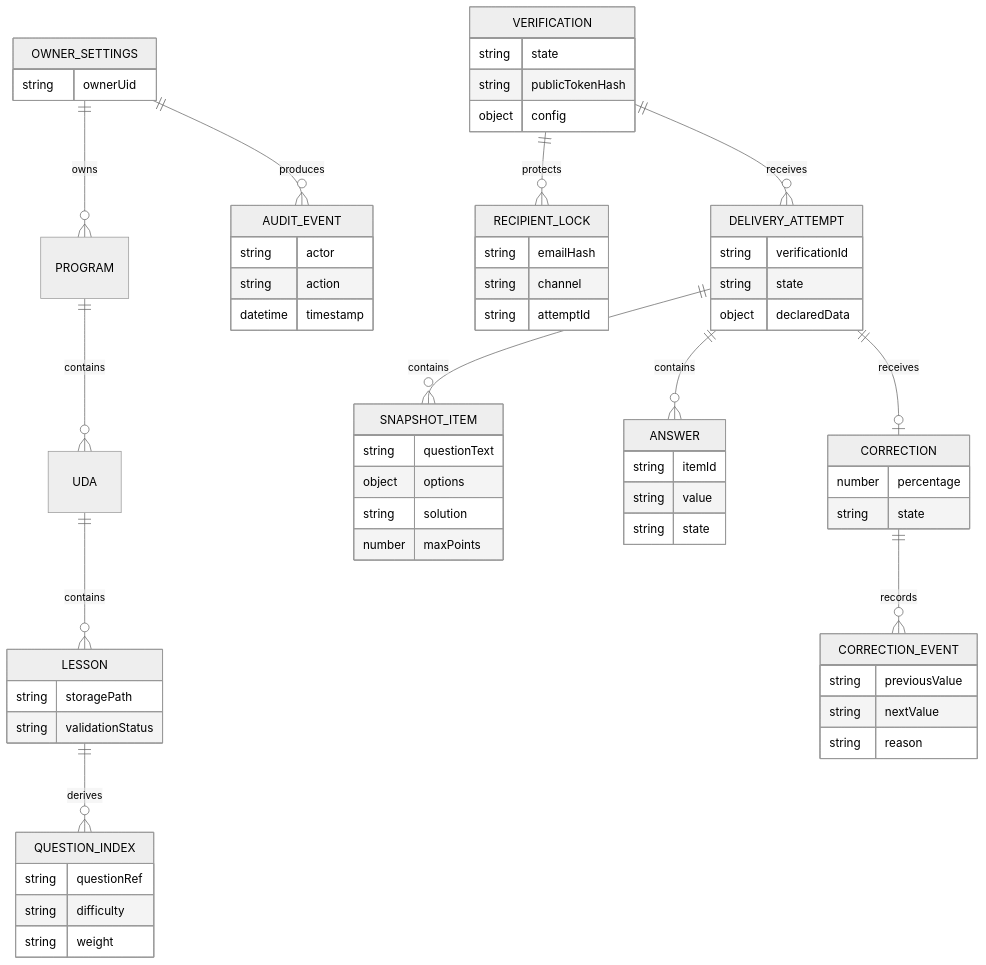
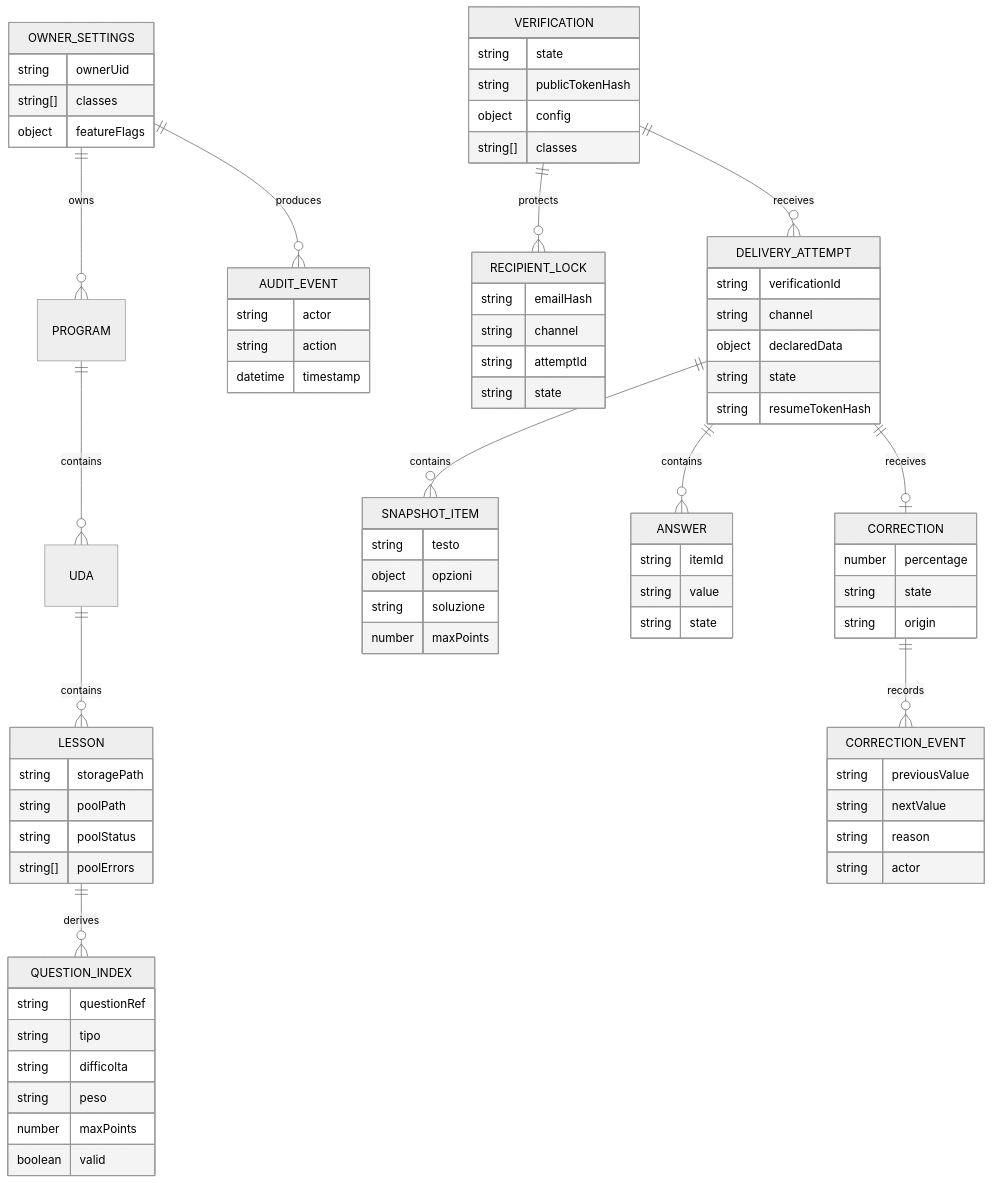
One commit to EnricoPaparo/SchoolForge changed the diagram in documentazione/diagrammi/er-model.md. Above: the diagram before and after it, drawn with Mermaid (neutral theme). The commit also changed other lines of this file and 14 other files, not shown here.

````diff
--- a/documentazione/diagrammi/er-model.md
+++ b/documentazione/diagrammi/er-model.md
@@ -3,26 +3,80 @@
 ```mermaid
 erDiagram
     OWNER_SETTINGS ||--o{ PROGRAM : owns
     PROGRAM ||--o{ UDA : contains
     UDA ||--o{ LESSON : contains
     LESSON ||--o{ QUESTION_INDEX : derives
     VERIFICATION ||--o{ RECIPIENT_LOCK : protects
     VERIFICATION ||--o{ DELIVERY_ATTEMPT : receives
     DELIVERY_ATTEMPT ||--o{ SNAPSHOT_ITEM : contains
     DELIVERY_ATTEMPT ||--o{ ANSWER : contains
     DELIVERY_ATTEMPT ||--o| CORRECTION : receives
     CORRECTION ||--o{ CORRECTION_EVENT : records
     OWNER_SETTINGS ||--o{ AUDIT_EVENT : produces
 
-    OWNER_SETTINGS { string ownerUid }
-    LESSON { string storagePath string validationStatus }
-    QUESTION_INDEX { string questionRef string difficulty string weight }
-    VERIFICATION { string state string publicTokenHash object config }
-    RECIPIENT_LOCK { string emailHash string channel string attemptId }
-    DELIVERY_ATTEMPT { string verificationId string state object declaredData }
-    SNAPSHOT_ITEM { string questionText object options string solution number maxPoints }
-    ANSWER { string itemId string value string state }
-    CORRECTION { number percentage string state }
-    CORRECTION_EVENT { string previousValue string nextValue string reason }
-    AUDIT_EVENT { string actor string action datetime timestamp }
+    OWNER_SETTINGS {
+        string ownerUid
+        string[] classes
+        object featureFlags
+    }
+    LESSON {
+        string storagePath
+        string poolPath
+        string poolStatus
+        string[] poolErrors
+    }
+    QUESTION_INDEX {
+        string questionRef
+        string tipo
+        string difficolta
+        string peso
+        number maxPoints
+        boolean valid
+    }
+    VERIFICATION {
+        string state
+        string publicTokenHash
+        object config
+        string[] classes
+    }
+    RECIPIENT_LOCK {
+        string emailHash
+        string channel
+        string attemptId
+        string state
+    }
+    DELIVERY_ATTEMPT {
+        string verificationId
+        string channel
+        object declaredData
+        string state
+        string resumeTokenHash
+    }
+    SNAPSHOT_ITEM {
+        string testo
+        object opzioni
+        string soluzione
+        number maxPoints
+    }
+    ANSWER {
+        string itemId
+        string value
+        string state
+    }
+    CORRECTION {
+        number percentage
+        string state
+        string origin
+    }
+    CORRECTION_EVENT {
+        string previousValue
+        string nextValue
+        string reason
+        string actor
+    }
+    AUDIT_EVENT {
+        string actor
+        string action
+        datetime timestamp
+    }
 ```
````
